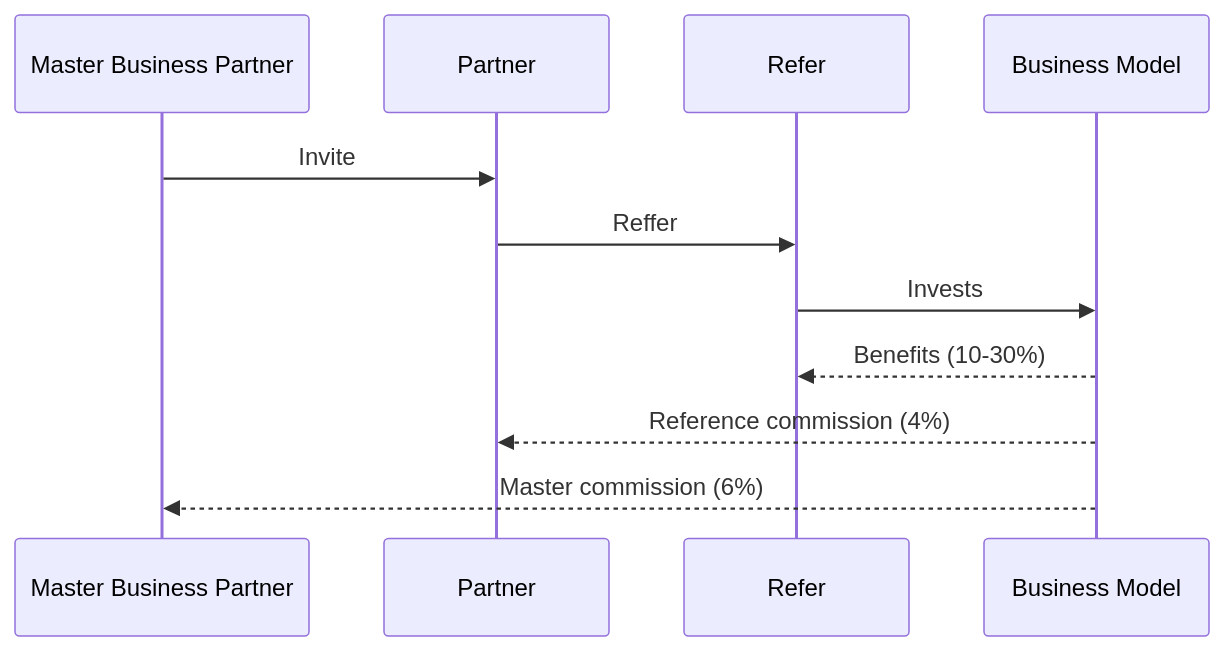
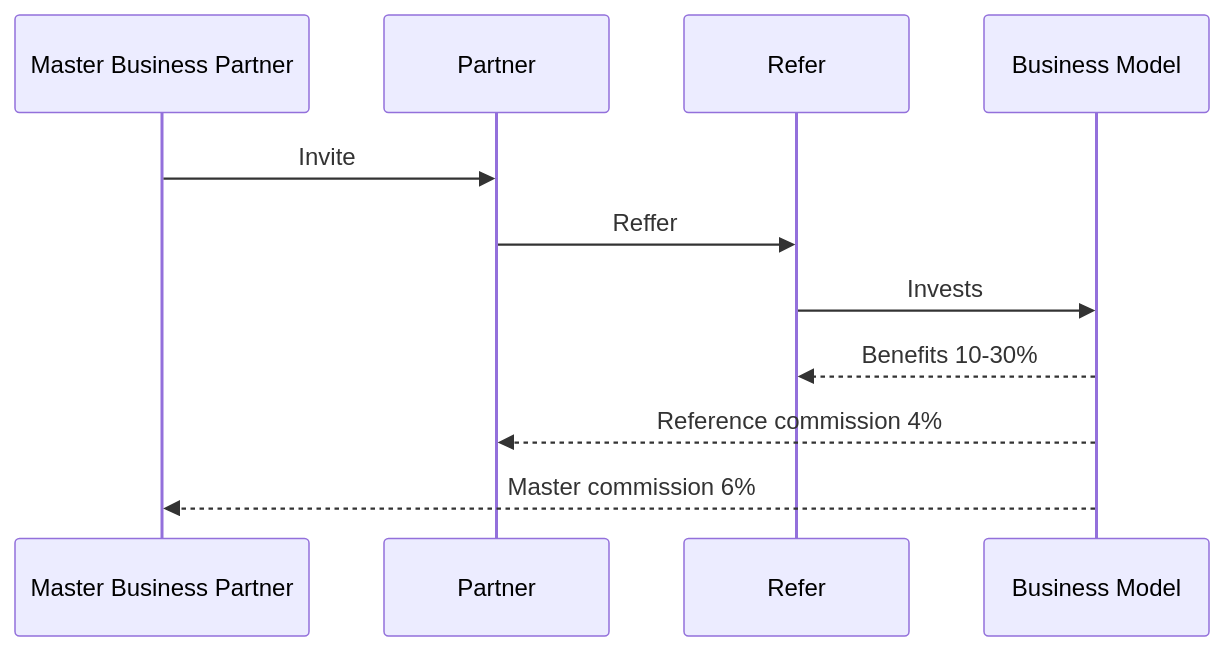
One commit to git-jrm/management-system changed the fourth of 4 diagrams in Sequence-Diagrams.md. Above: the diagram before and after it, drawn with Mermaid. The commit also changed other lines of this file, not shown here.

````diff
--- a/Sequence-Diagrams.md
+++ b/Sequence-Diagrams.md
@@ -20,14 +27,14 @@
 ```mermaid
 sequenceDiagram
     participant MBP as Master Business Partner
     participant Partner as Partner
     participant Ref as Refer
     participant BM as Business Model
 
     MBP->>Partner: Invite
     Partner->>Ref: Reffer
     Ref->>BM: Invests
-    BM-->>Ref: Benefits (10-30%)
-    BM-->>Partner: Reference commission (4%)
-    BM-->>MBP: Master commission (6%)
+    BM-->>Ref: Benefits 10-30%
+    BM-->>Partner: Reference commission 4%
+    BM-->>MBP: Master commission 6%
 ```
````
